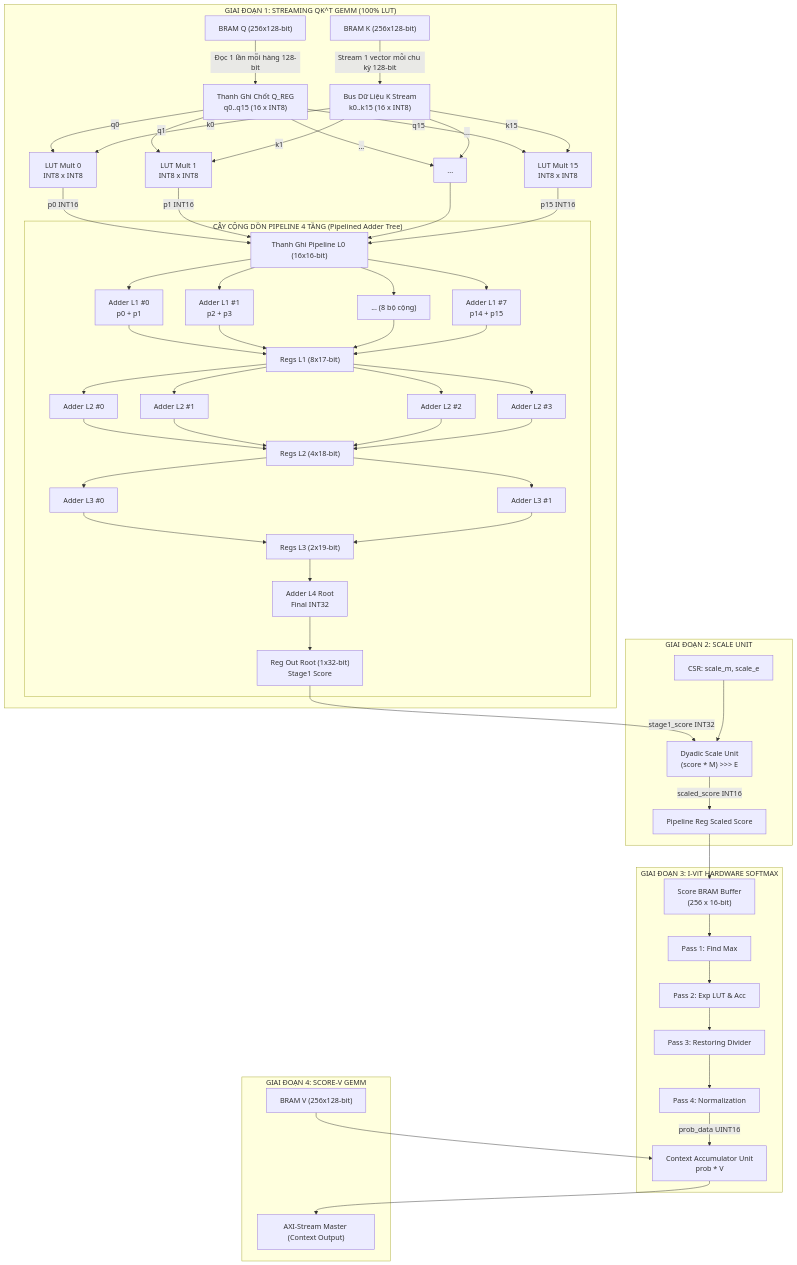
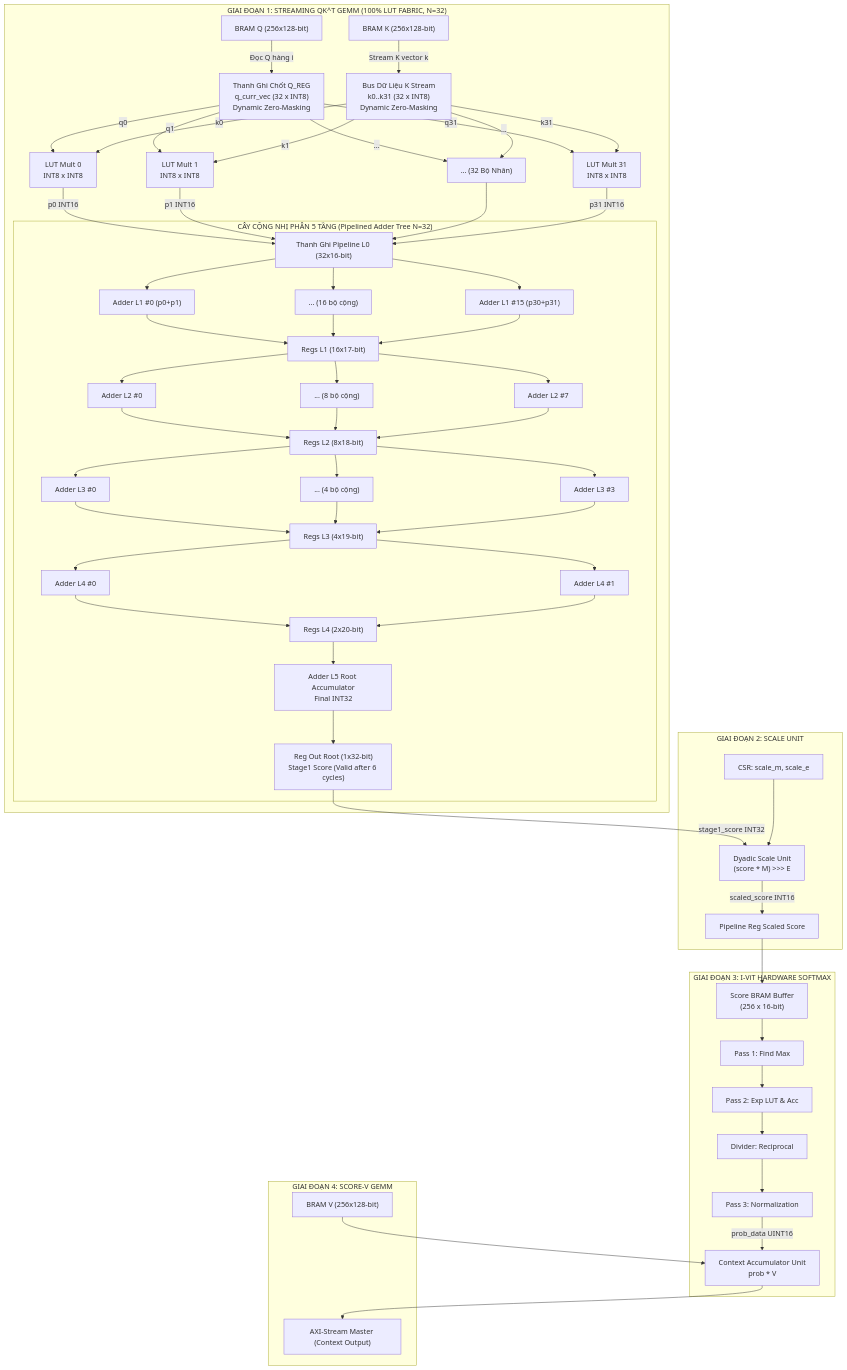
One commit to Planterian/Capstone_project changed the first of 2 diagrams in Notes_ver02/report_variant_1A_vector_streaming_lut.md. Above: the diagram before and after it, drawn with Mermaid. The commit also changed other lines of this file and 34 other files, not shown here.

````diff
--- a/Notes_ver02/report_variant_1A_vector_streaming_lut.md
+++ b/Notes_ver02/report_variant_1A_vector_streaming_lut.md
@@ -24,73 +24,78 @@
 ```mermaid
 graph TD
-    subgraph S1_GEMM1 ["GIAI ĐOẠN 1: STREAMING QK^T GEMM (100% LUT)"]
-        BRAM_Q["BRAM Q (256x128-bit)"] -->|Đọc 1 lần mỗi hàng 128-bit| Q_LATCH["Thanh Ghi Chốt Q_REG<br/>q0..q15 (16 x INT8)"]
-        BRAM_K["BRAM K (256x128-bit)"] -->|Stream 1 vector mỗi chu kỳ 128-bit| K_BUS["Bus Dữ Liệu K Stream<br/>k0..k15 (16 x INT8)"]
+    subgraph S1_GEMM1 ["GIAI ĐOẠN 1: STREAMING QK^T GEMM (100% LUT FABRIC, N=32)"]
+        BRAM_Q["BRAM Q (256x128-bit)"] -->|Đọc Q hàng i| Q_LATCH["Thanh Ghi Chốt Q_REG<br/>q_curr_vec (32 x INT8)<br/>Dynamic Zero-Masking"]
+        BRAM_K["BRAM K (256x128-bit)"] -->|Stream K vector k| K_BUS["Bus Dữ Liệu K Stream<br/>k0..k31 (32 x INT8)<br/>Dynamic Zero-Masking"]
 
         Q_LATCH -->|q0| M0["LUT Mult 0<br/>INT8 x INT8"]
         K_BUS   -->|k0| M0
         Q_LATCH -->|q1| M1["LUT Mult 1<br/>INT8 x INT8"]
         K_BUS   -->|k1| M1
-        Q_LATCH -->|...| M_DOT["..."]
+        Q_LATCH -->|...| M_DOT["... (32 Bộ Nhân)"]
         K_BUS   -->|...| M_DOT
-        Q_LATCH -->|q15| M15["LUT Mult 15<br/>INT8 x INT8"]
-        K_BUS   -->|k15| M15
+        Q_LATCH -->|q31| M31["LUT Mult 31<br/>INT8 x INT8"]
+        K_BUS   -->|k31| M31
 
-        M0  -->|p0 INT16| R_STG0["Thanh Ghi Pipeline L0 (16x16-bit)"]
+        M0  -->|p0 INT16| R_STG0["Thanh Ghi Pipeline L0 (32x16-bit)"]
         M1  -->|p1 INT16| R_STG0
         M_DOT --> R_STG0
-        M15 -->|p15 INT16| R_STG0
+        M31 -->|p31 INT16| R_STG0
 
-        subgraph RED_TREE ["CÂY CỘNG DỒN PIPELINE 4 TẦNG (Pipelined Adder Tree)"]
-            R_STG0 --> A1_0["Adder L1 #0<br/>p0 + p1"]
-            R_STG0 --> A1_1["Adder L1 #1<br/>p2 + p3"]
-            R_STG0 --> A1_DOT["... (8 bộ cộng)"]
-            R_STG0 --> A1_7["Adder L1 #7<br/>p14 + p15"]
+        subgraph RED_TREE ["CÂY CỘNG NHỊ PHÂN 5 TẦNG (Pipelined Adder Tree N=32)"]
+            R_STG0 --> A1_0["Adder L1 #0 (p0+p1)"]
+            R_STG0 --> A1_DOT["... (16 bộ cộng)"]
+            R_STG0 --> A1_15["Adder L1 #15 (p30+p31)"]
 
-            A1_0 --> R_STG1["Regs L1 (8x17-bit)"]
-            A1_1 --> R_STG1
+            A1_0 --> R_STG1["Regs L1 (16x17-bit)"]
             A1_DOT --> R_STG1
-            A1_7 --> R_STG1
+            A1_15 --> R_STG1
 
             R_STG1 --> A2_0["Adder L2 #0"]
-            R_STG1 --> A2_1["Adder L2 #1"]
-            R_STG1 --> A2_2["Adder L2 #2"]
-            R_STG1 --> A2_3["Adder L2 #3"]
+            R_STG1 --> A2_DOT["... (8 bộ cộng)"]
+            R_STG1 --> A2_7["Adder L2 #7"]
 
-            A2_0 --> R_STG2["Regs L2 (4x18-bit)"]
-            A2_1 --> R_STG2
-            A2_2 --> R_STG2
-            A2_3 --> R_STG2
+            A2_0 --> R_STG2["Regs L2 (8x18-bit)"]
+            A2_DOT --> R_STG2
+            A2_7 --> R_STG2
 
             R_STG2 --> A3_0["Adder L3 #0"]
-            R_STG2 --> A3_1["Adder L3 #1"]
+            R_STG2 --> A3_DOT["... (4 bộ cộng)"]
+            
+            R_STG2 --> A3_3["Adder L3 #3"]
 
-            A3_0 --> R_STG3["Regs L3 (2x19-bit)"]
-            A3_1 --> R_STG3
+            A3_0 --> R_STG3["Regs L3 (4x19-bit)"]
+            A3_DOT --> R_STG3
+            A3_3 --> R_STG3
 
-            R_STG3 --> A4_0["Adder L4 Root<br/>Final INT32"]
-            A4_0 --> R_OUT["Reg Out Root (1x32-bit)<br/>Stage1 Score"]
+            R_STG3 --> A4_0["Adder L4 #0"]
+            R_STG3 --> A4_1["Adder L4 #1"]
+
+            A4_0 --> R_STG4["Regs L4 (2x20-bit)"]
+            A4_1 --> R_STG4
+
+            R_STG4 --> A5_0["Adder L5 Root Accumulator<br/>Final INT32"]
+            A5_0 --> R_OUT["Reg Out Root (1x32-bit)<br/>Stage1 Score (Valid after 6 cycles)"]
         end
     end
 
     subgraph S2_SCALE ["GIAI ĐOẠN 2: SCALE UNIT"]
         R_OUT -->|stage1_score INT32| SCALE["Dyadic Scale Unit<br/>(score * M) >>> E"]
         CSR_SCALE["CSR: scale_m, scale_e"] --> SCALE
         SCALE -->|scaled_score INT16| SM_IN["Pipeline Reg Scaled Score"]
     end
 
     subgraph S3_SOFTMAX ["GIAI ĐOẠN 3: I-ViT HARDWARE SOFTMAX"]
         SM_IN --> SM_BUF["Score BRAM Buffer<br/>(256 x 16-bit)"]
         SM_BUF --> SM_MAX["Pass 1: Find Max"]
         SM_MAX --> SM_EXP["Pass 2: Exp LUT & Acc"]
-        SM_EXP --> SM_DIV["Pass 3: Restoring Divider"]
-        SM_DIV --> SM_NORM["Pass 4: Normalization"]
+        SM_EXP --> SM_DIV["Divider: Reciprocal"]
+        SM_DIV --> SM_NORM["Pass 3: Normalization"]
         SM_NORM -->|prob_data UINT16| SCORE_V
     end
 
     subgraph S4_SCORE_V ["GIAI ĐOẠN 4: SCORE-V GEMM"]
         SCORE_V["Context Accumulator Unit<br/>prob * V"]
         BRAM_V["BRAM V (256x128-bit)"] --> SCORE_V
         SCORE_V --> OUT_AXIS["AXI-Stream Master (Context Output)"]
     end
 ```
````
